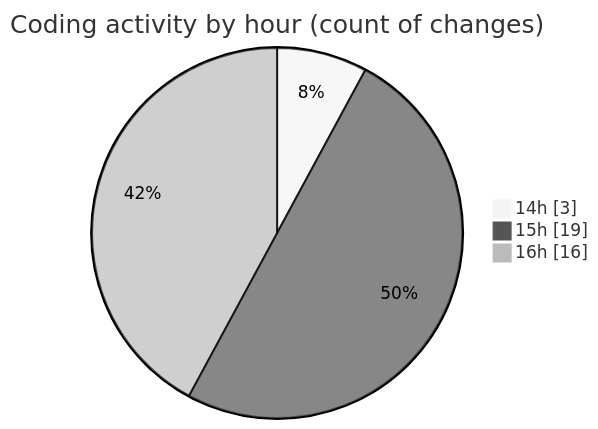
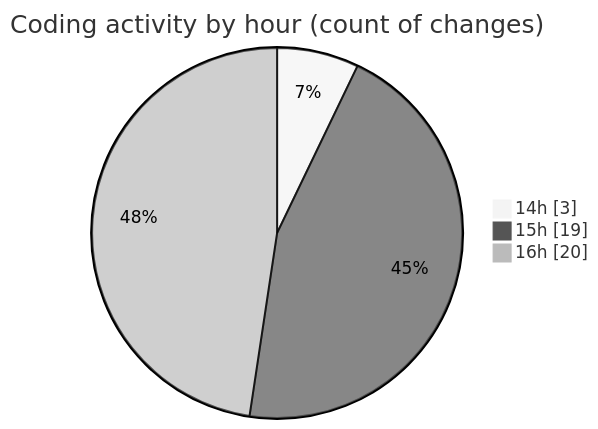
Before and after one commit to debugP/code-tracking: the second of 2 diagrams in 2025-10-02/untitled__workspace_/README.md, drawn with Mermaid (neutral theme). The commit also changed other lines of this file and 1 other file, not shown here.

````diff
--- a/2025-10-02/untitled__workspace_/README.md
+++ b/2025-10-02/untitled__workspace_/README.md
@@ -29,7 +29,7 @@
 ```mermaid
 pie showData
 title Coding activity by hour (count of changes)
 "14h" : 3
 "15h" : 19
-"16h" : 16
+"16h" : 20
 ```
````
